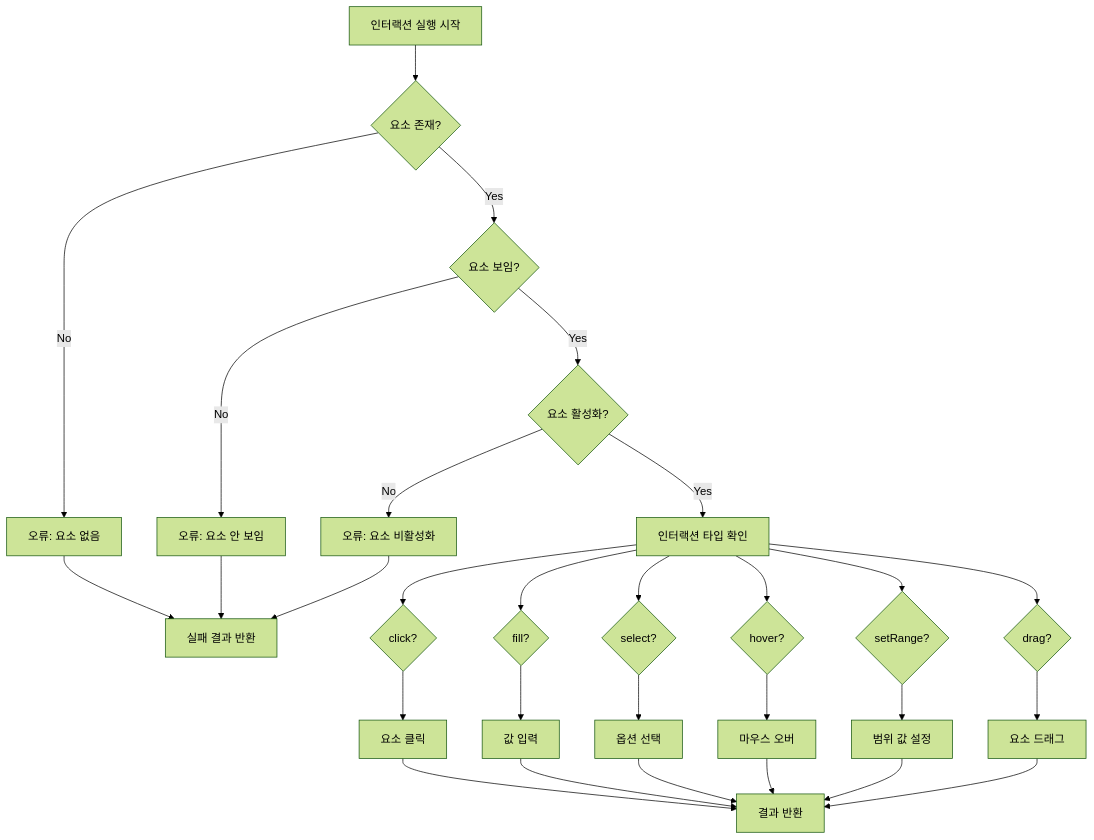
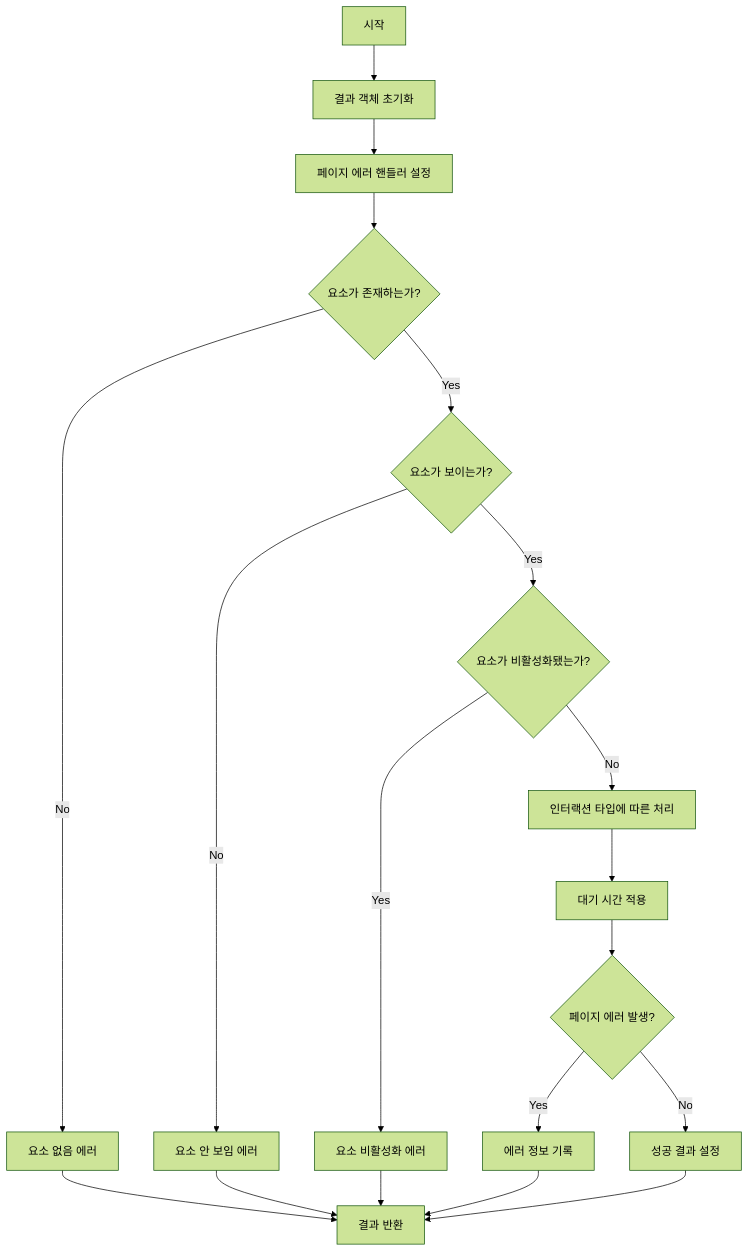
One commit to YahngSungho/Monorepo changed the fifth of 10 diagrams in storybook/e2e/universal-testers.md. Above: the diagram before and after it, drawn with Mermaid (forest theme). The commit also changed other lines of this file and 5 other files, not shown here.

````diff
--- a/storybook/e2e/universal-testers.md
+++ b/storybook/e2e/universal-testers.md
@@ -145,35 +227,21 @@
 ```mermaid
 flowchart TD
-    A[인터랙션 실행 시작] --> B{요소 존재?}
-    B -->|No| C[오류: 요소 없음]
-    B -->|Yes| D{요소 보임?}
-    D -->|No| E[오류: 요소 안 보임]
-    D -->|Yes| F{요소 활성화?}
-    F -->|No| G[오류: 요소 비활성화]
-    F -->|Yes| H[인터랙션 타입 확인]
-
-    H --> I{click?}
-    H --> J{fill?}
-    H --> K{select?}
-    H --> L{hover?}
-    H --> M{setRange?}
-    H --> N{drag?}
-
-    I --> O[요소 클릭]
-    J --> P[값 입력]
-    K --> Q[옵션 선택]
-    L --> R[마우스 오버]
-    M --> S[범위 값 설정]
-    N --> T[요소 드래그]
-
-    O --> U[결과 반환]
-    P --> U
-    Q --> U
-    R --> U
-    S --> U
-    T --> U
-
-    C --> V[실패 결과 반환]
-    E --> V
-    G --> V
+    A[시작] --> B[결과 객체 초기화]
+    B --> C[페이지 에러 핸들러 설정]
+    C --> D{요소가 존재하는가?}
+    D -->|No| E[요소 없음 에러]
+    D -->|Yes| F{요소가 보이는가?}
+    F -->|No| G[요소 안 보임 에러]
+    F -->|Yes| H{요소가 비활성화됐는가?}
+    H -->|Yes| I[요소 비활성화 에러]
+    H -->|No| J[인터랙션 타입에 따른 처리]
+    J --> K[대기 시간 적용]
+    K --> L{페이지 에러 발생?}
+    L -->|Yes| M[에러 정보 기록]
+    L -->|No| N[성공 결과 설정]
+    M --> O[결과 반환]
+    N --> O
+    E --> O
+    G --> O
+    I --> O
 ```
````
